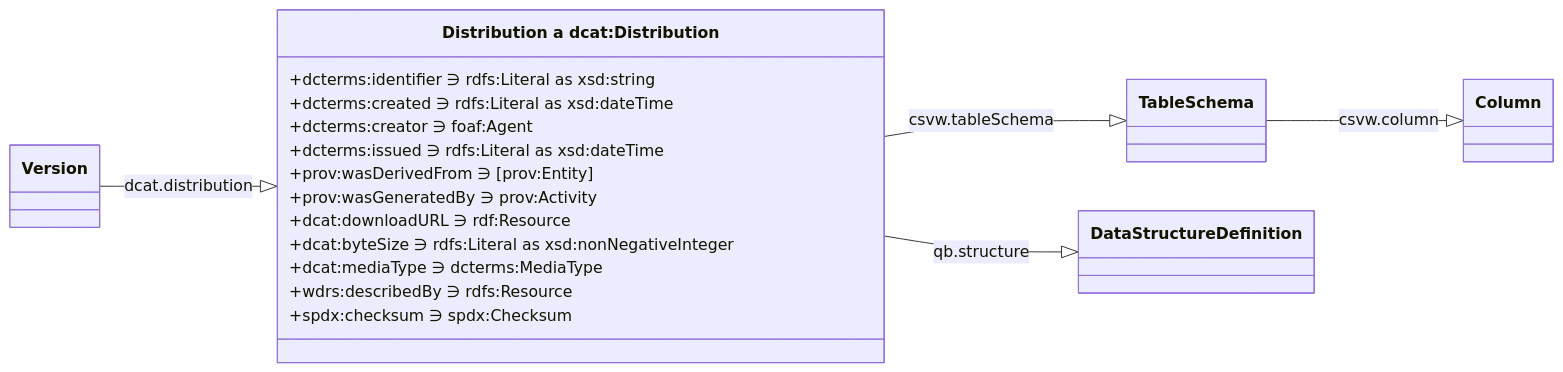
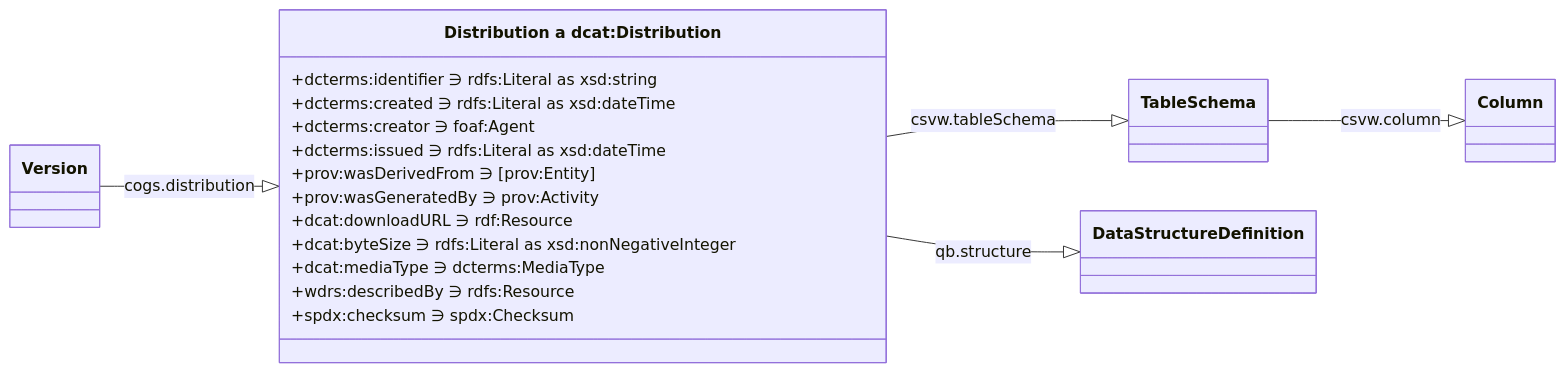
The fifth of 5 diagrams in README.md (ONSdigital/application-profile), drawn with Mermaid before and after one commit. The commit also changed other lines of this file and 11 other files, not shown here.

````diff
--- a/README.md
+++ b/README.md
@@ -551,23 +561,23 @@
 ```mermaid
 classDiagram
     direction RL
 
-    Distribution <|-- Version : dcat.distribution 
+    Distribution <|-- Version : cogs.distribution 
     TableSchema <|-- Distribution : csvw.tableSchema
     DataStructureDefinition <|-- Distribution : qb.structure
     Column <|-- TableSchema : csvw.column
 
     class Distribution["Distribution a dcat:Distribution"] {
         +dcterms:identifier ∋ rdfs:Literal as xsd:string
         +dcterms:created ∋ rdfs:Literal as xsd:dateTime
         +dcterms:creator ∋ foaf:Agent
         +dcterms:issued ∋ rdfs:Literal as xsd:dateTime
         +prov:wasDerivedFrom ∋ [prov:Entity]
         +prov:wasGeneratedBy ∋ prov:Activity
         +dcat:downloadURL ∋ rdf:Resource
         +dcat:byteSize ∋ rdfs:Literal as xsd:nonNegativeInteger
         +dcat:mediaType ∋ dcterms:MediaType
         +wdrs:describedBy ∋ rdfs:Resource
         +spdx:checksum ∋ spdx:Checksum
     }
 ```
````
